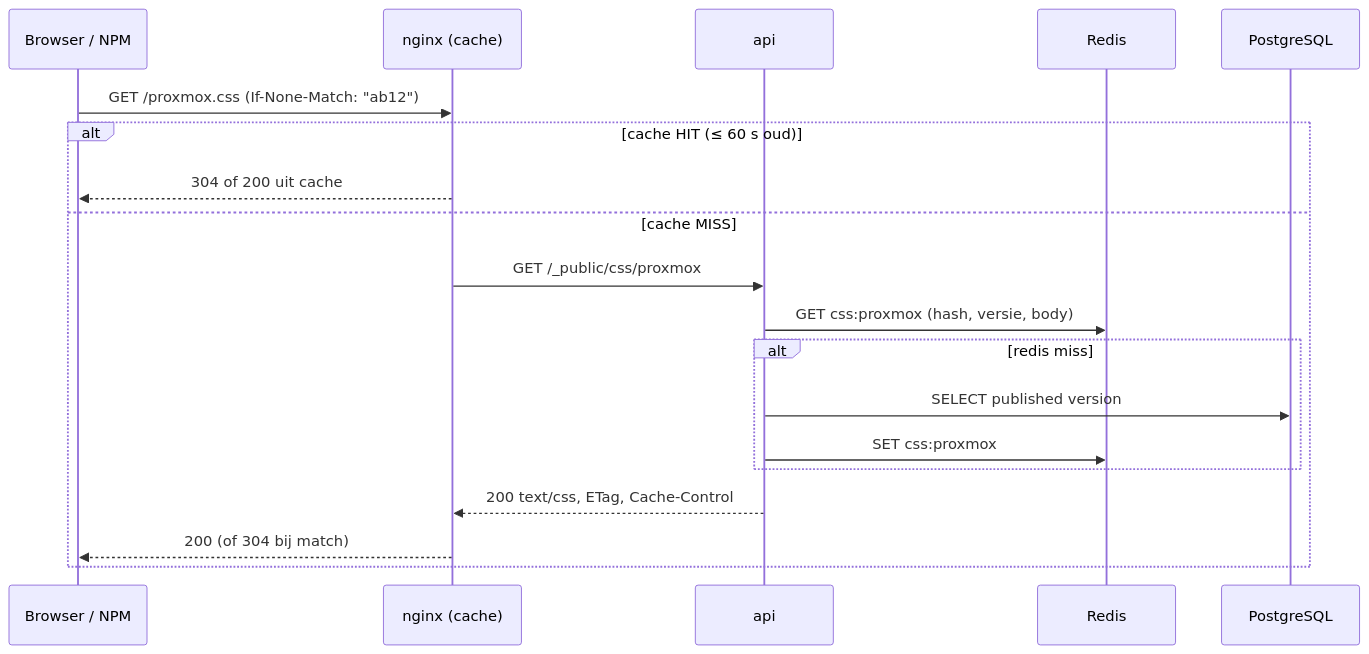
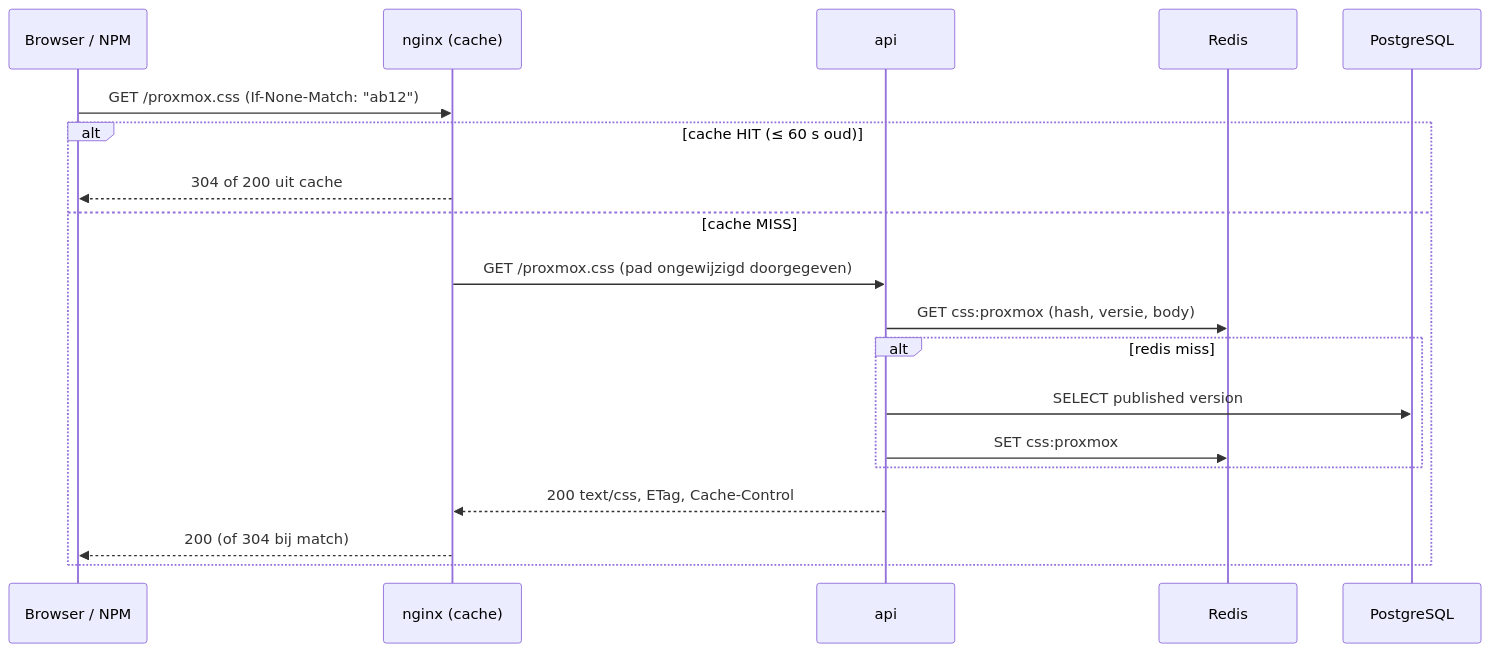
The fourth of 7 diagrams in docs/02-technische-architectuur.md (Jonasz1996/cssthema), drawn with Mermaid before and after one commit. The commit also changed other lines of this file and 48 other files, not shown here.

````diff
--- a/docs/02-technische-architectuur.md
+++ b/docs/02-technische-architectuur.md
@@ -144,22 +144,22 @@
 ```mermaid
 sequenceDiagram
     participant C as Browser / NPM
     participant N as nginx (cache)
     participant A as api
     participant R as Redis
     participant P as PostgreSQL
 
     C->>N: GET /proxmox.css (If-None-Match: "ab12")
     alt cache HIT (≤ 60 s oud)
         N-->>C: 304 of 200 uit cache
     else cache MISS
-        N->>A: GET /_public/css/proxmox
+        N->>A: GET /proxmox.css (pad ongewijzigd doorgegeven)
         A->>R: GET css:proxmox (hash, versie, body)
         alt redis miss
             A->>P: SELECT published version
             A->>R: SET css:proxmox
         end
         A-->>N: 200 text/css, ETag, Cache-Control
         N-->>C: 200 (of 304 bij match)
     end
 ```
````
